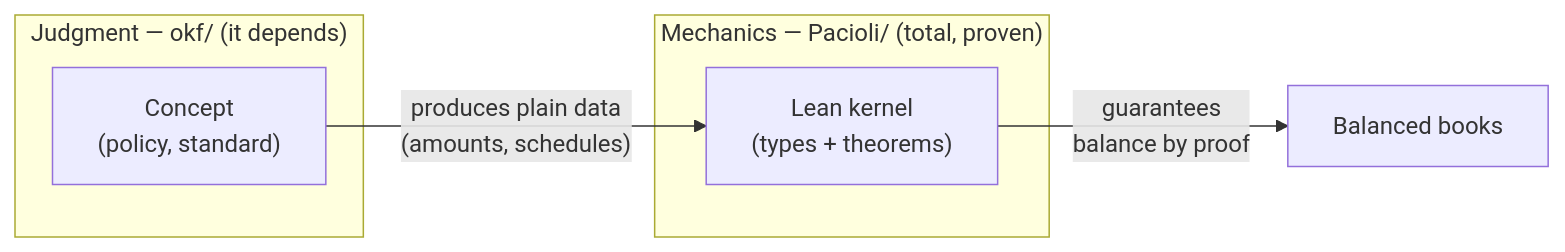
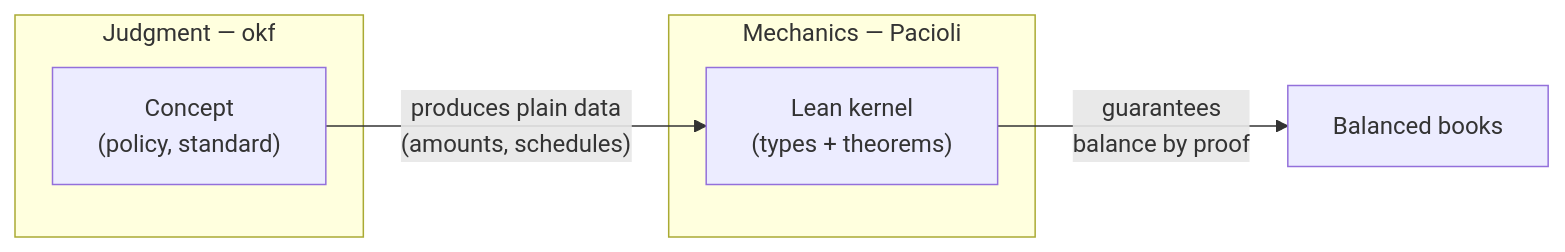
The first of 5 diagrams in docs/architecture.md (ojhermann-org/pacioli), drawn with Mermaid before and after one commit. The commit also changed other lines of this file, not shown here.

Commit message:
Tighten architecture.md intro and diagram labels per owner review

````diff
--- a/docs/architecture.md
+++ b/docs/architecture.md
@@ -22,11 +20,11 @@
 ```mermaid
 graph LR
-    subgraph Judgment["Judgment — okf/ (it depends)"]
+    subgraph Judgment["Judgment — okf"]
         Concept["Concept<br/>(policy, standard)"]
     end
-    subgraph Mechanics["Mechanics — Pacioli/ (total, proven)"]
+    subgraph Mechanics["Mechanics — Pacioli"]
         Kernel["Lean kernel<br/>(types + theorems)"]
     end
     Concept -->|"produces plain data<br/>(amounts, schedules)"| Kernel
     Kernel -->|"guarantees<br/>balance by proof"| Books["Balanced books"]
 ```
````
